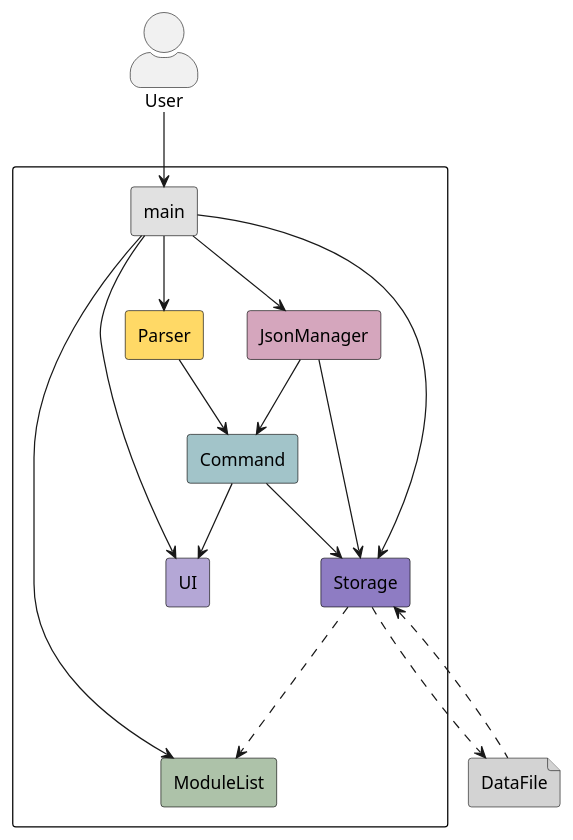
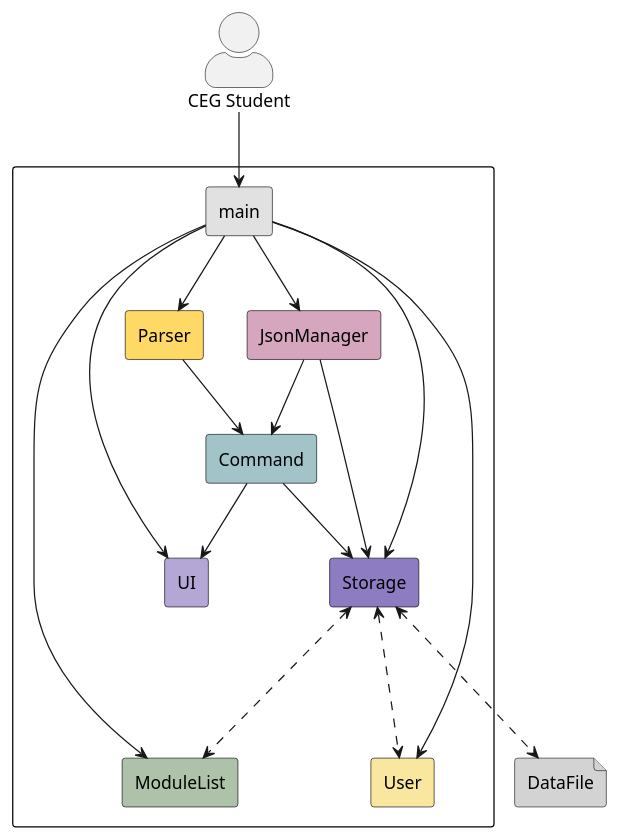
Before and after one commit to fungg0/tp: the diagram in docs/diagrams/Architecture.puml, drawn with PlantUML. The commit also changed 2 other files, not shown here.

Commit message:
Add User Class to Architecture Diagram

```diff
--- a/docs/diagrams/Architecture.puml
+++ b/docs/diagrams/Architecture.puml
@@ -1,42 +1,44 @@
 @startuml
 top to bottom direction
 
 skinparam packageStyle rectangle
 skinparam actorStyle awesome
 
 skinparam rectangle {
   borderColor black
 }
 
 rectangle {
   rectangle main #E1E1E1
   rectangle ModuleList #ADC2A9
   rectangle UI #B4A7D6
   rectangle Parser #FFD966
   rectangle Command #A2C4C9
   rectangle JsonManager #D5A6BD
   rectangle Storage #8E7CC3
+  rectangle User #F9E79F
 }
 
 file DataFile #LightGrey
 
-actor User
+actor "CEG Student"
 
-User --> main
+"CEG Student" --> main
+main --> User
 main --> ModuleList
 main --> UI
 main --> Parser
 main --> Storage
 main --> JsonManager
 
 JsonManager --> Command
 JsonManager --> Storage
 
 Parser --> Command
 Command --> UI
 Command --> Storage
-Storage --.> DataFile
-Storage <.-- DataFile
-Storage --.> ModuleList
+Storage <--.> User
+Storage <.--> DataFile
+Storage <--.> ModuleList
 
 @enduml
```
